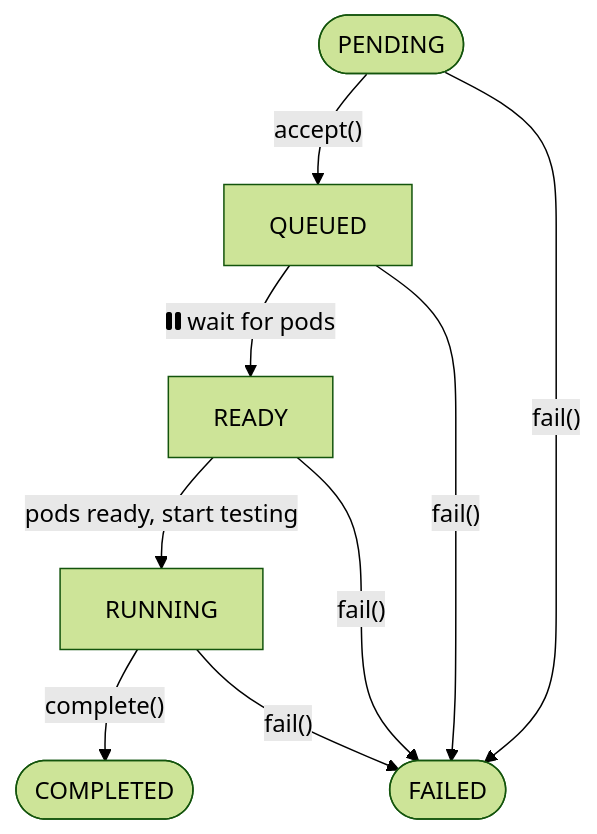
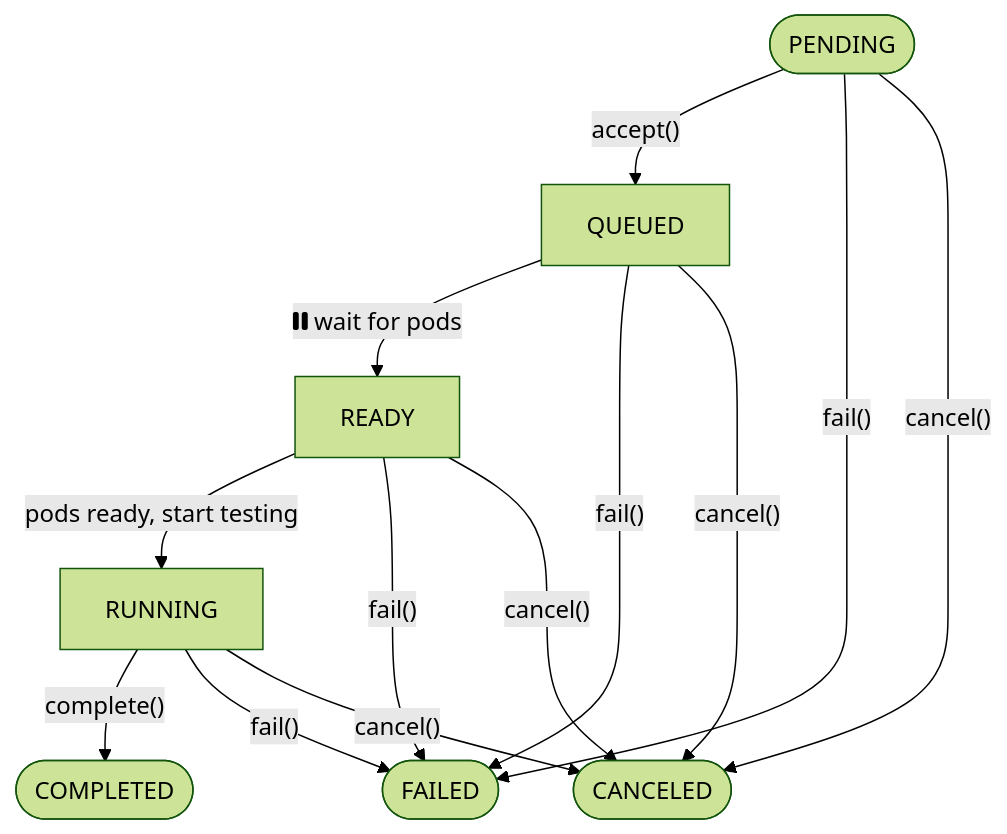
One commit to ReviewSignal/orderly-ape changed the second of 2 diagrams in README.md. Above: the diagram before and after it, drawn with Mermaid (forest theme). The commit also changed other lines of this file, not shown here.

````diff
--- a/README.md
+++ b/README.md
@@ -34,19 +98,24 @@
 ```mermaid
 flowchart TD
 %% States
     PENDING([PENDING])
     QUEUED
     READY
     RUNNING
     COMPLETED([COMPLETED])
     FAILED([FAILED])
+    CANCELED([CANCELED])
 %% Transitions
     PENDING -- accept() --> QUEUED
-     QUEUED -- fa:fa-pause wait for pods --> READY
-     READY -- pods ready, start testing --> RUNNING
-     RUNNING -- complete() --> COMPLETED
-     PENDING -- fail() --> FAILED
-     QUEUED -- fail() --> FAILED
-     READY -- fail() --> FAILED
-     RUNNING -- fail() --> FAILED
+    QUEUED -- fa:fa-pause wait for pods --> READY
+    READY -- pods ready, start testing --> RUNNING
+    RUNNING -- complete() --> COMPLETED
+    PENDING -- fail() --> FAILED
+    QUEUED -- fail() --> FAILED
+    READY -- fail() --> FAILED
+    RUNNING -- fail() --> FAILED
+    PENDING -- cancel() --> CANCELED
+    QUEUED -- cancel() --> CANCELED
+    READY -- cancel() --> CANCELED
+    RUNNING -- cancel() --> CANCELED
 ```
````
